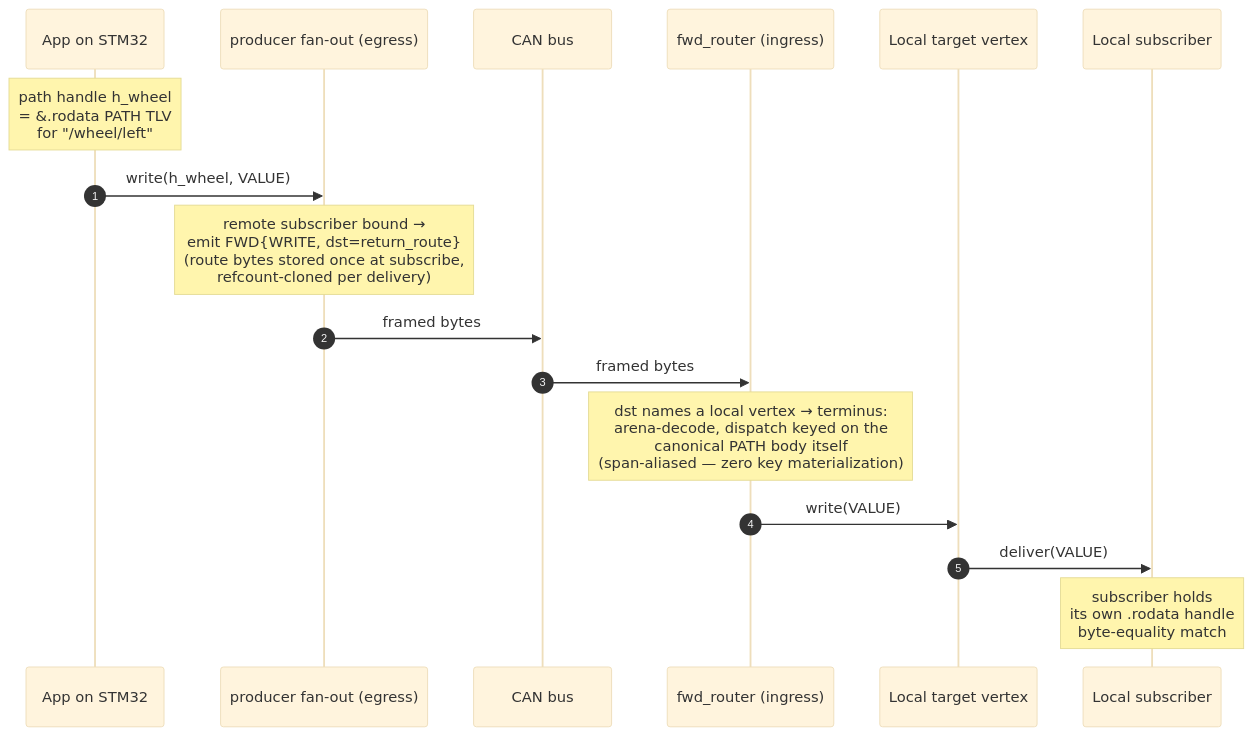
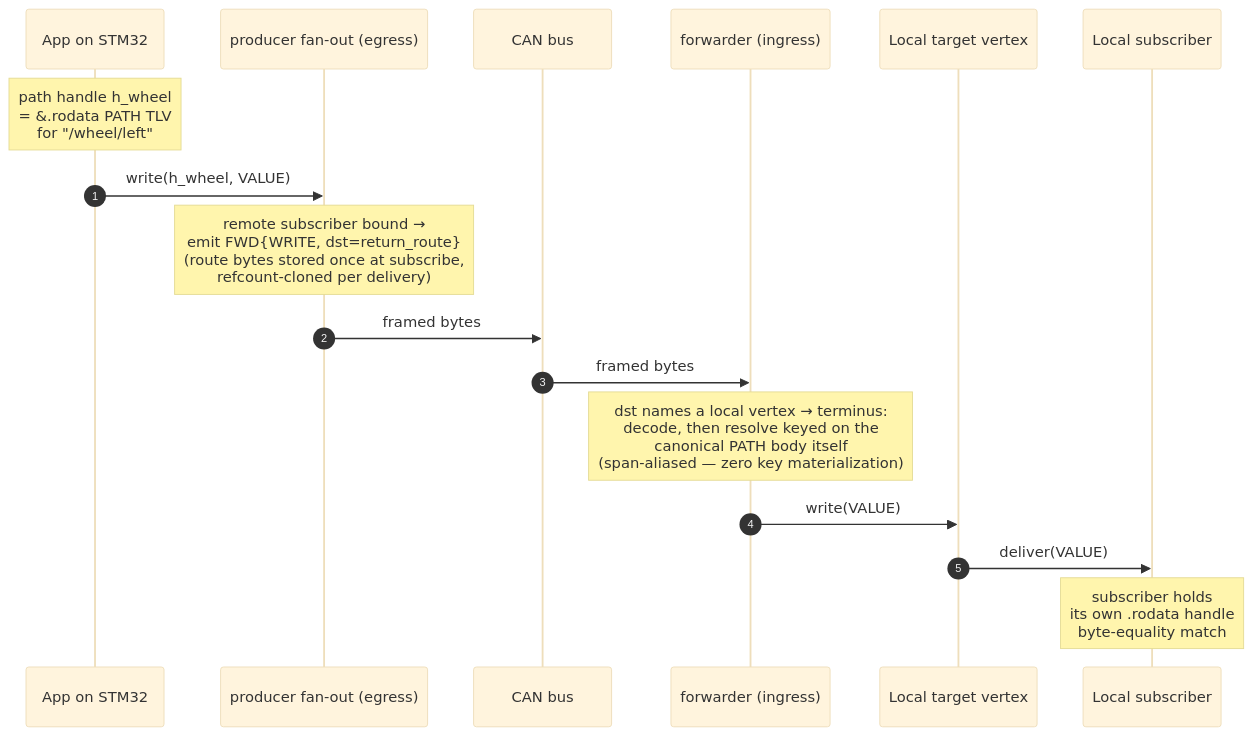
The diagram in docs/reference/07-host-embedding.md (avatarsd-llc/libtracer), drawn with Mermaid (base theme) before and after one commit. The commit also changed other lines of this file and 45 other files, not shown here.

````diff
--- a/docs/reference/07-host-embedding.md
+++ b/docs/reference/07-host-embedding.md
@@ -176,20 +185,20 @@
 ```mermaid
 sequenceDiagram
     autonumber
     participant App as App on STM32
     participant TxA as producer fan-out (egress)
     participant CAN as CAN bus
-    participant RxB as fwd_router (ingress)
+    participant RxB as forwarder (ingress)
     participant Vtx as Local target vertex
     participant Sub as Local subscriber
 
     Note over App: path handle h_wheel<br/>= &.rodata PATH TLV<br/>for "/wheel/left"
     App->>TxA: write(h_wheel, VALUE)
     Note over TxA: remote subscriber bound →<br/>emit FWD{WRITE, dst=return_route}<br/>(route bytes stored once at subscribe,<br/>refcount-cloned per delivery)
     TxA->>CAN: framed bytes
     CAN->>RxB: framed bytes
-    Note over RxB: dst names a local vertex → terminus:<br/>arena-decode, dispatch keyed on the<br/>canonical PATH body itself<br/>(span-aliased — zero key materialization)
+    Note over RxB: dst names a local vertex → terminus:<br/>decode, then resolve keyed on the<br/>canonical PATH body itself<br/>(span-aliased — zero key materialization)
     RxB->>Vtx: write(VALUE)
     Vtx->>Sub: deliver(VALUE)
     Note over Sub: subscriber holds<br/>its own .rodata handle<br/>byte-equality match
 ```
````
